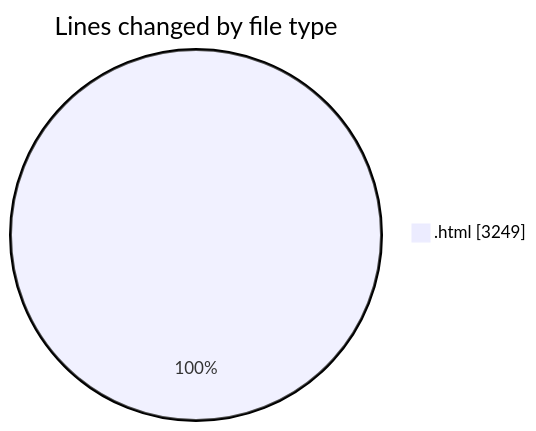
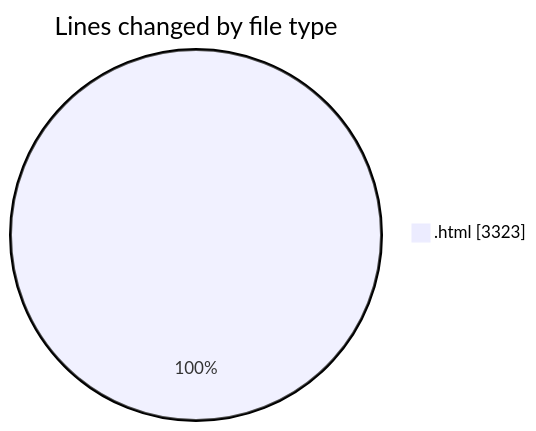
One commit to nxtqubesakshisongat/code-tracking changed the first of 2 diagrams in 2025-08-10/nxtqube_webapp/README.md. Above: the diagram before and after it, drawn with Mermaid. The commit also changed other lines of this file and 1 other file, not shown here.

````diff
--- a/2025-08-10/nxtqube_webapp/README.md
+++ b/2025-08-10/nxtqube_webapp/README.md
@@ -21,5 +21,5 @@
 ```mermaid
 pie showData
 title Lines changed by file type
-".html" : 3249
+".html" : 3323
 ```
````
